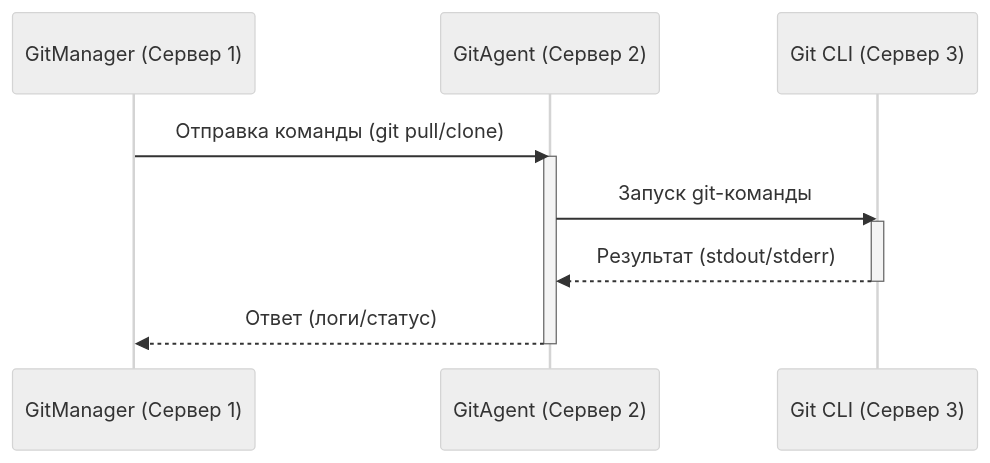
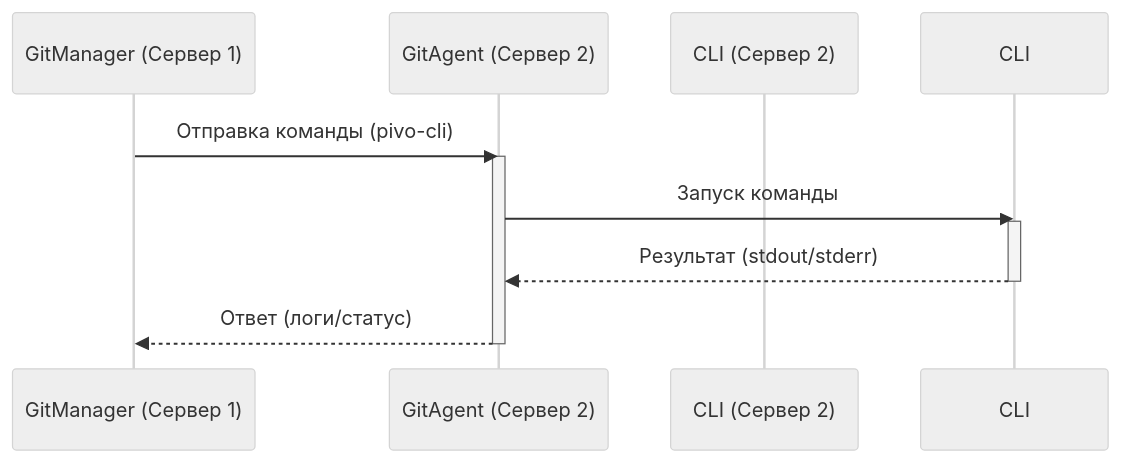
The diagram in README.md (Untru/gitmanager), drawn with Mermaid (neutral theme) before and after one commit. The commit also changed other lines of this file and 3 other files, not shown here.

````diff
--- a/README.md
+++ b/README.md
@@ -14,15 +14,15 @@
 ```mermaid
 sequenceDiagram
     participant GitManager as GitManager (Сервер 1)
     participant GitAgent as GitAgent (Сервер 2)
-    participant GitCLI as Git CLI (Сервер 3)
+    participant PIVO-CLI as CLI (Сервер 2)
 
-    GitManager ->> GitAgent: Отправка команды (git pull/clone)
+    GitManager ->> GitAgent: Отправка команды (pivo-cli)
     activate GitAgent
-    GitAgent ->> GitCLI: Запуск git-команды
-    activate GitCLI
-    GitCLI -->> GitAgent: Результат (stdout/stderr)
-    deactivate GitCLI
+    GitAgent ->> CLI: Запуск команды
+    activate CLI
+    CLI -->> GitAgent: Результат (stdout/stderr)
+    deactivate CLI
     GitAgent -->> GitManager: Ответ (логи/статус)
     deactivate GitAgent
 ```
````
